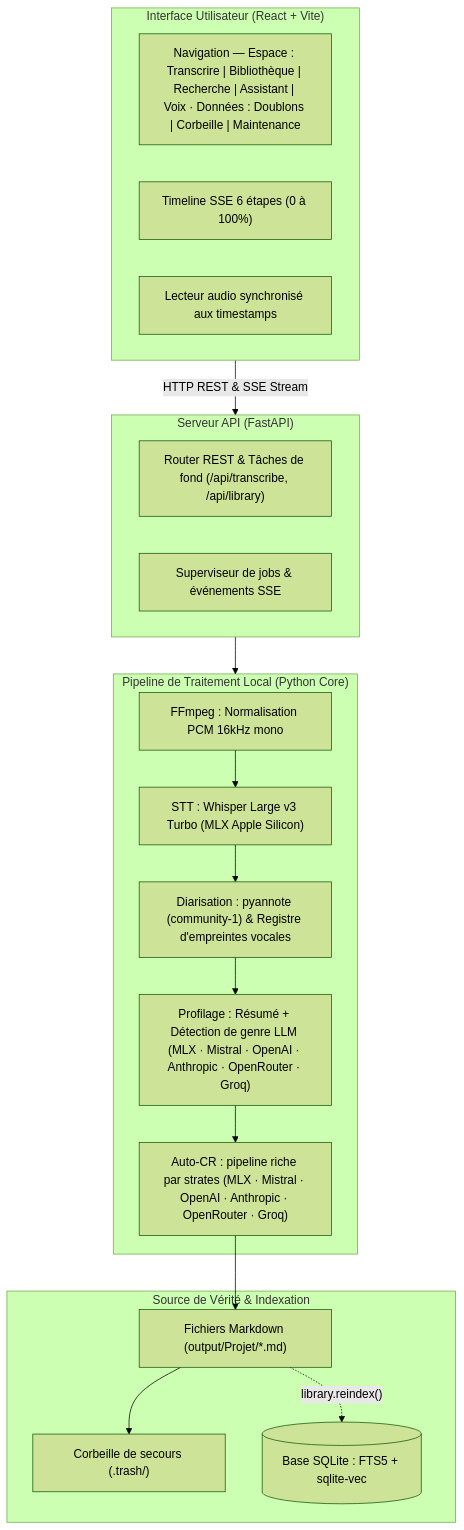
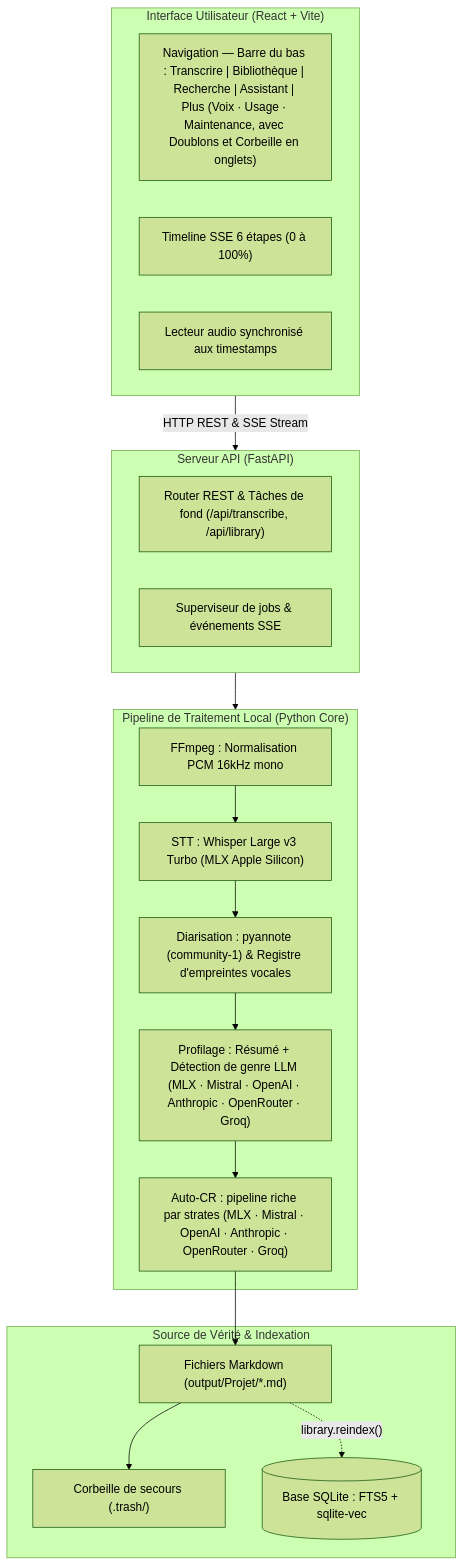
The diagram in docs/architecture.md (nineloop/memoglyph), drawn with Mermaid (forest theme) before and after one commit. The commit also changed 223 other files, not shown here.

````diff
--- a/docs/architecture.md
+++ b/docs/architecture.md
@@ -5,37 +5,37 @@
 ```mermaid
 flowchart TD
     subgraph UI ["Interface Utilisateur (React + Vite)"]
-        Nav["Navigation — Espace : Transcrire | Bibliothèque | Recherche | Assistant | Voix · Données : Doublons | Corbeille | Maintenance"]
+        Nav["Navigation — Barre du bas : Transcrire | Bibliothèque | Recherche | Assistant | Plus (Voix · Usage · Maintenance, avec Doublons et Corbeille en onglets)"]
         Timeline["Timeline SSE 6 étapes (0 à 100%)"]
         Player["Lecteur audio synchronisé aux timestamps"]
     end
 
     subgraph API ["Serveur API (FastAPI)"]
         Router["Router REST & Tâches de fond (/api/transcribe, /api/library)"]
         JobSupervisor["Superviseur de jobs & événements SSE"]
     end
 
     subgraph Core ["Pipeline de Traitement Local (Python Core)"]
         AudioPrep["FFmpeg : Normalisation PCM 16kHz mono"]
         STTEngine["STT : Whisper Large v3 Turbo (MLX Apple Silicon)"]
         DiarEngine["Diarisation : pyannote (community-1) & Registre d'empreintes vocales"]
         LLMProfile["Profilage : Résumé + Détection de genre LLM (MLX · Mistral · OpenAI · Anthropic · OpenRouter · Groq)"]
         LLMReport["Auto-CR : pipeline riche par strates (MLX · Mistral · OpenAI · Anthropic · OpenRouter · Groq)"]
     end
 
     subgraph Storage ["Source de Vérité & Indexation"]
         MDStore["Fichiers Markdown (output/Projet/*.md)"]
         TrashDir["Corbeille de secours (.trash/)"]
         SQLiteDB[("Base SQLite : FTS5 + sqlite-vec")]
     end
 
     UI -->|HTTP REST & SSE Stream| API
     API --> Core
     AudioPrep --> STTEngine
     STTEngine --> DiarEngine
     DiarEngine --> LLMProfile
     LLMProfile --> LLMReport
     LLMReport --> MDStore
     MDStore -.->|"library.reindex()"| SQLiteDB
     MDStore --> TrashDir
 ```
````
